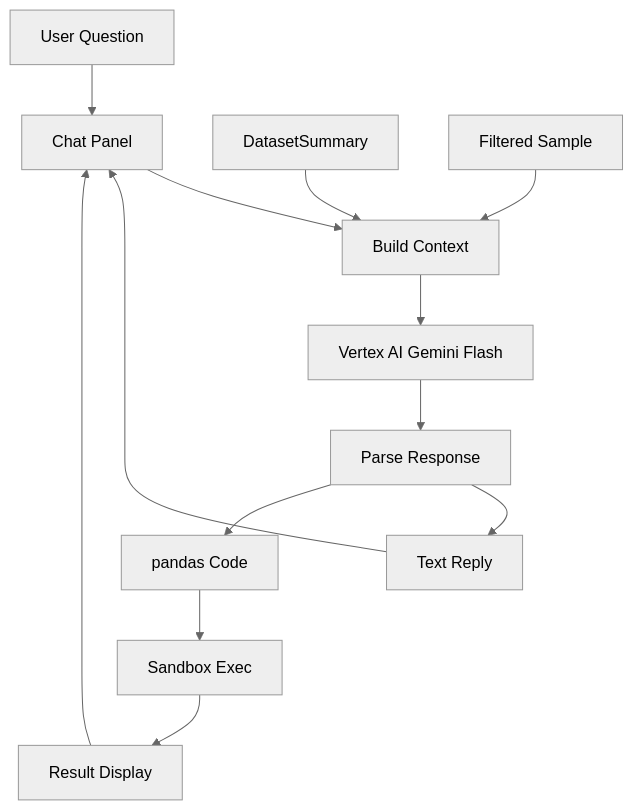
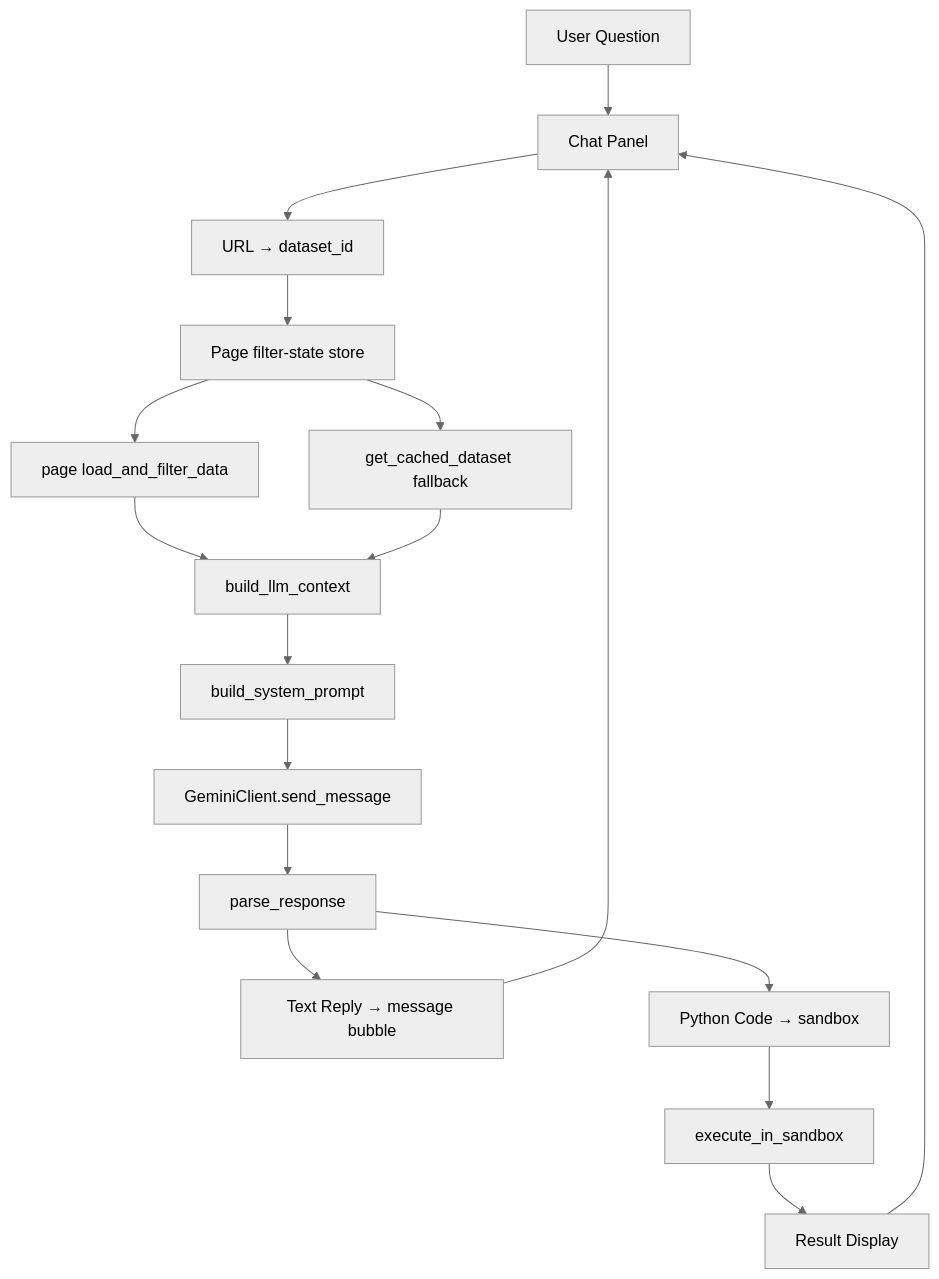
The third of 3 diagrams in docs/tech-spec.md (tndhk/No43_work_bi_PythonAll), drawn with Mermaid (neutral theme) before and after one commit. The commit also changed other lines of this file and 3 other files, not shown here.

First line of the commit message:
docs: update architecture, tech-spec, and guides for Phase 2 LLM feature

````diff
--- a/docs/tech-spec.md
+++ b/docs/tech-spec.md
@@ -625,20 +686,19 @@
 ```mermaid
 flowchart TB
     User[User Question] --> ChatPanel[Chat Panel]
-    ChatPanel --> BuildCtx[Build Context]
-    
-    DatasetSummary[DatasetSummary] --> BuildCtx
-    FilteredSample[Filtered Sample] --> BuildCtx
-    
-    BuildCtx --> VertexAPI[Vertex AI Gemini Flash]
-    VertexAPI --> Parse[Parse Response]
-    
-    Parse --> TextReply[Text Reply]
-    Parse --> CodeBlock[pandas Code]
-    
-    CodeBlock --> Sandbox[Sandbox Exec]
+    ChatPanel --> ResolveDS[URL → dataset_id]
+    ResolveDS --> ResolveFilterState[Page filter-state store]
+    ResolveFilterState --> GetFilteredDF[page load_and_filter_data]
+    GetFilteredDF --> BuildCtx[build_llm_context]
+    ResolveFilterState --> FallbackDF[get_cached_dataset fallback]
+    FallbackDF --> BuildCtx
+    BuildCtx --> SysPrompt[build_system_prompt]
+    SysPrompt --> Gemini[GeminiClient.send_message]
+    Gemini --> Parse[parse_response]
+    Parse --> TextReply[Text Reply → message bubble]
+    Parse --> CodeBlock[Python Code → sandbox]
+    CodeBlock --> Sandbox[execute_in_sandbox]
     Sandbox --> Result[Result Display]
-    
     TextReply --> ChatPanel
     Result --> ChatPanel
 ```
````
